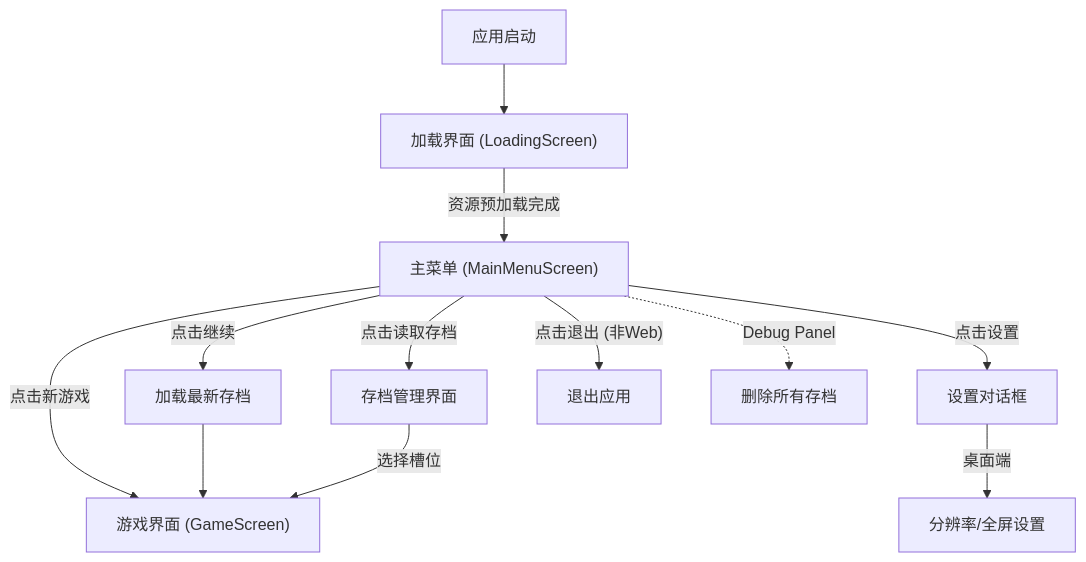
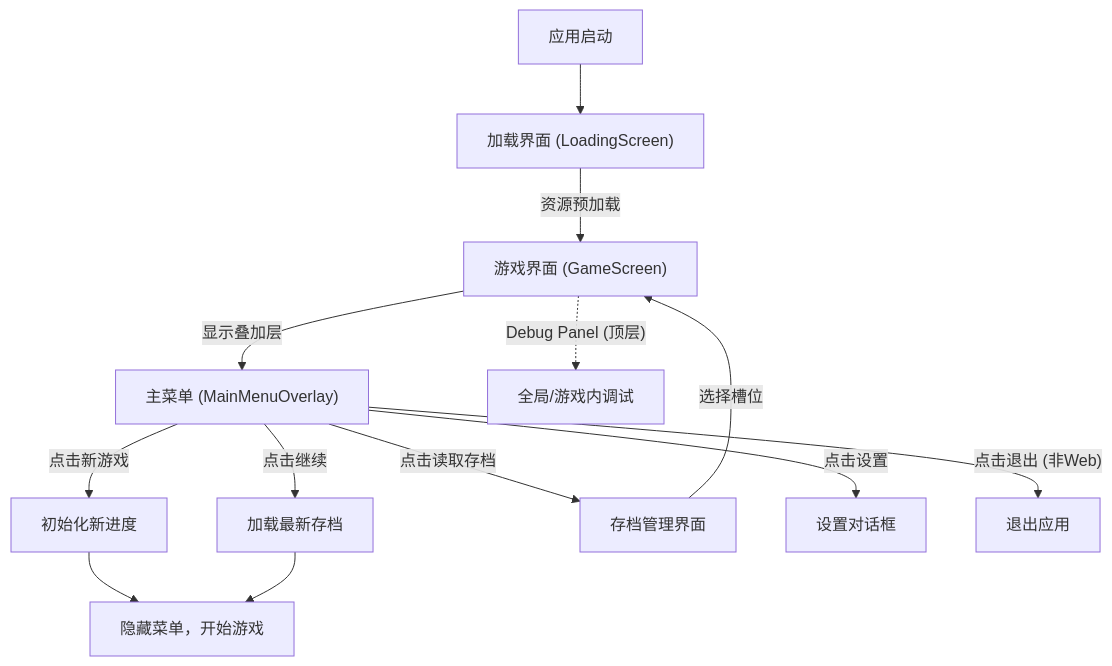
Before and after one commit to cziwen/cruising: the diagram in design_doc/2.10_main_menu.md, drawn with Mermaid. The commit also changed other lines of this file and 11 other files, not shown here.

````diff
--- a/design_doc/2.10_main_menu.md
+++ b/design_doc/2.10_main_menu.md
@@ -57,14 +65,15 @@
 ```mermaid
 graph TD
     AppStart["应用启动"] --> Loading["加载界面 (LoadingScreen)"]
-    Loading -->|"资源预加载完成"| MainMenu["主菜单 (MainMenuScreen)"]
-    MainMenu -->|"点击新游戏"| Game["游戏界面 (GameScreen)"]
+    Loading -->|"资源预加载"| GameScreen["游戏界面 (GameScreen)"]
+    GameScreen -->|"显示叠加层"| MainMenu["主菜单 (MainMenuOverlay)"]
+    MainMenu -->|"点击新游戏"| NewGame["初始化新进度"]
     MainMenu -->|"点击继续"| AutoLoad["加载最新存档"]
-    AutoLoad --> Game
+    NewGame --> StartPlay["隐藏菜单，开始游戏"]
+    AutoLoad --> StartPlay
     MainMenu -->|"点击读取存档"| SaveLoad["存档管理界面"]
-    SaveLoad -->|"选择槽位"| Game
+    SaveLoad -->|"选择槽位"| GameScreen
     MainMenu -->|"点击设置"| SettingsDialog["设置对话框"]
-    SettingsDialog -->|"桌面端"| DisplaySettings["分辨率/全屏设置"]
     MainMenu -->|"点击退出 (非Web)"| Exit["退出应用"]
-    MainMenu -.->|"Debug Panel"| DeleteSaves["删除所有存档"]
+    GameScreen -.->|"Debug Panel (顶层)"| DebugFunctions["全局/游戏内调试"]
 ```
````
